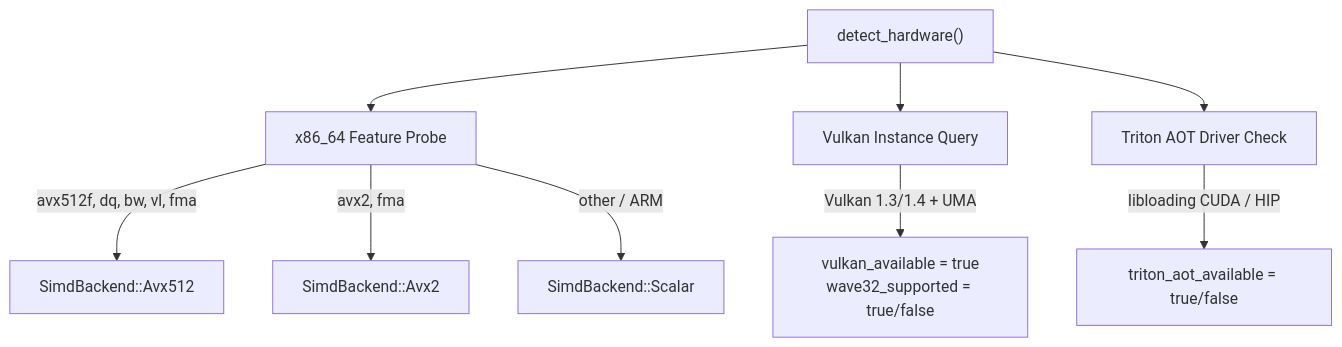
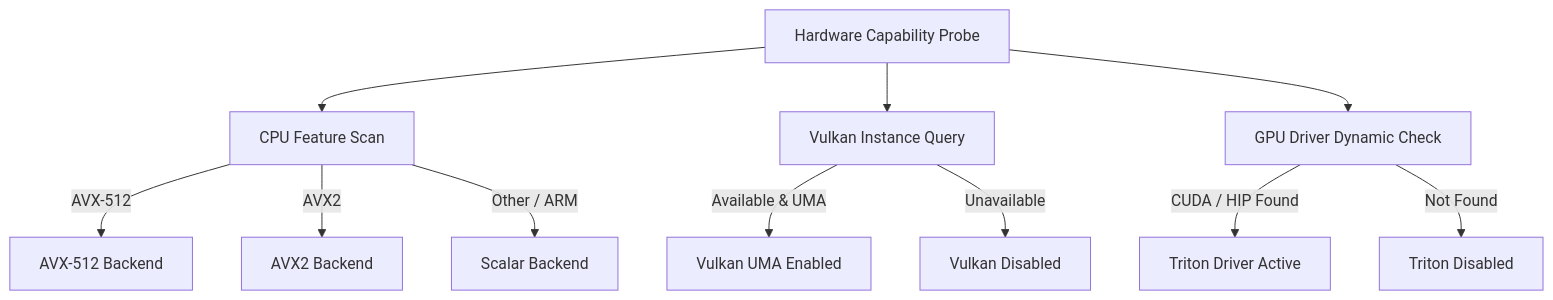
One commit to cloverx-id/luminamoon changed the first of 2 diagrams in docs/optimize/dispatch/README.md. Above: the diagram before and after it, drawn with Mermaid. The commit also changed other lines of this file and 33 other files, not shown here.

Commit message:
change diagram style

````diff
--- a/docs/optimize/dispatch/README.md
+++ b/docs/optimize/dispatch/README.md
@@ -13,13 +13,16 @@
 ```mermaid
 flowchart TD
-    Detect["detect_hardware()"] --> CPU["x86_64 Feature Probe"]
-    Detect --> VK["Vulkan Instance Query"]
-    Detect --> TR["Triton AOT Driver Check"]
+    Detect["Hardware Capability Probe"] --> CPU["CPU Feature Scan"]
+    Detect --> Vulkan["Vulkan Instance Query"]
+    Detect --> Triton["GPU Driver Dynamic Check"]
 
-    CPU -->|"avx512f, dq, bw, vl, fma"| AVX512["SimdBackend::Avx512"]
-    CPU -->|"avx2, fma"| AVX2["SimdBackend::Avx2"]
-    CPU -->|"other / ARM"| Scalar["SimdBackend::Scalar"]
+    CPU -->|"AVX-512"| AVX512["AVX-512 Backend"]
+    CPU -->|"AVX2"| AVX2["AVX2 Backend"]
+    CPU -->|"Other / ARM"| Scalar["Scalar Backend"]
 
-    VK -->|"Vulkan 1.3/1.4 + UMA"| VK_OK["vulkan_available = true<br/>wave32_supported = true/false"]
-    TR -->|"libloading CUDA / HIP"| TR_OK["triton_aot_available = true/false"]
+    Vulkan -->|"Available & UMA"| VK_Ready["Vulkan UMA Enabled"]
+    Vulkan -->|"Unavailable"| VK_Off["Vulkan Disabled"]
+
+    Triton -->|"CUDA / HIP Found"| TR_Ready["Triton Driver Active"]
+    Triton -->|"Not Found"| TR_Off["Triton Disabled"]
 ```
````
